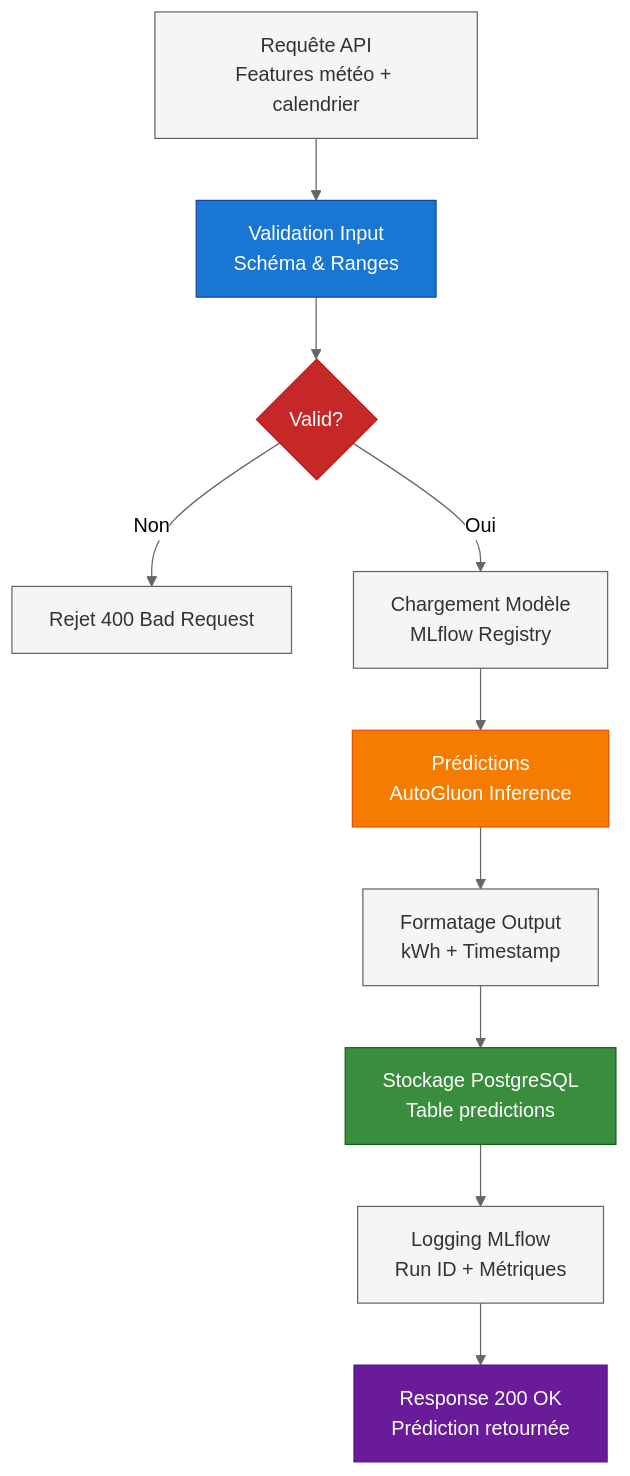
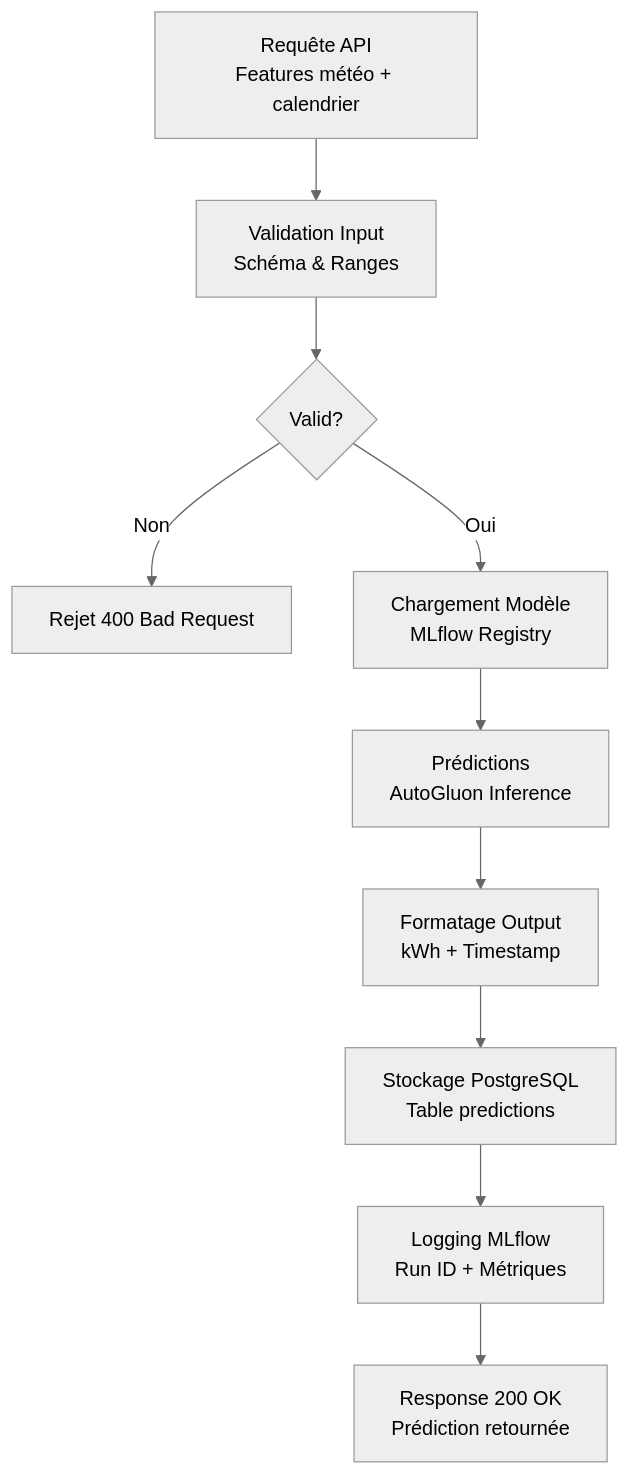
Before and after one commit to jinsudai/jinsudai: the fifth of 21 diagrams in docs/ARCHITECTURE_MLOPS.md, drawn with Mermaid (neutral theme). The commit also changed other lines of this file, not shown here.

````diff
--- a/docs/ARCHITECTURE_MLOPS.md
+++ b/docs/ARCHITECTURE_MLOPS.md
@@ -224,25 +189,14 @@
 ```mermaid
 flowchart TD
-    classDef validation fill:#1976D2,stroke:#0D47A1,color:#fff
-    classDef decision fill:#C62828,stroke:#B71C1C,color:#fff
-    classDef inference fill:#F57C00,stroke:#E65100,color:#fff
-    classDef storage fill:#388E3C,stroke:#1B5E20,color:#fff
-    classDef response fill:#6A1B9A,stroke:#4A148C,color:#fff
-    classDef default fill:#f5f5f5,stroke:#666,color:#333
 
     A[Requête API<br/>Features météo + calendrier] --> B[Validation Input<br/>Schéma & Ranges]
     B --> C{Valid?}
     C -->|Non| D[Rejet 400 Bad Request]
     C -->|Oui| E[Chargement Modèle<br/>MLflow Registry]
     E --> F[Prédictions<br/>AutoGluon Inference]
     F --> G[Formatage Output<br/>kWh + Timestamp]
     G --> H[Stockage PostgreSQL<br/>Table predictions]
     H --> I[Logging MLflow<br/>Run ID + Métriques]
     I --> J[Response 200 OK<br/>Prédiction retournée]
 
-    class B validation
-    class C decision
-    class F inference
-    class H storage
-    class J response
 ```
````
